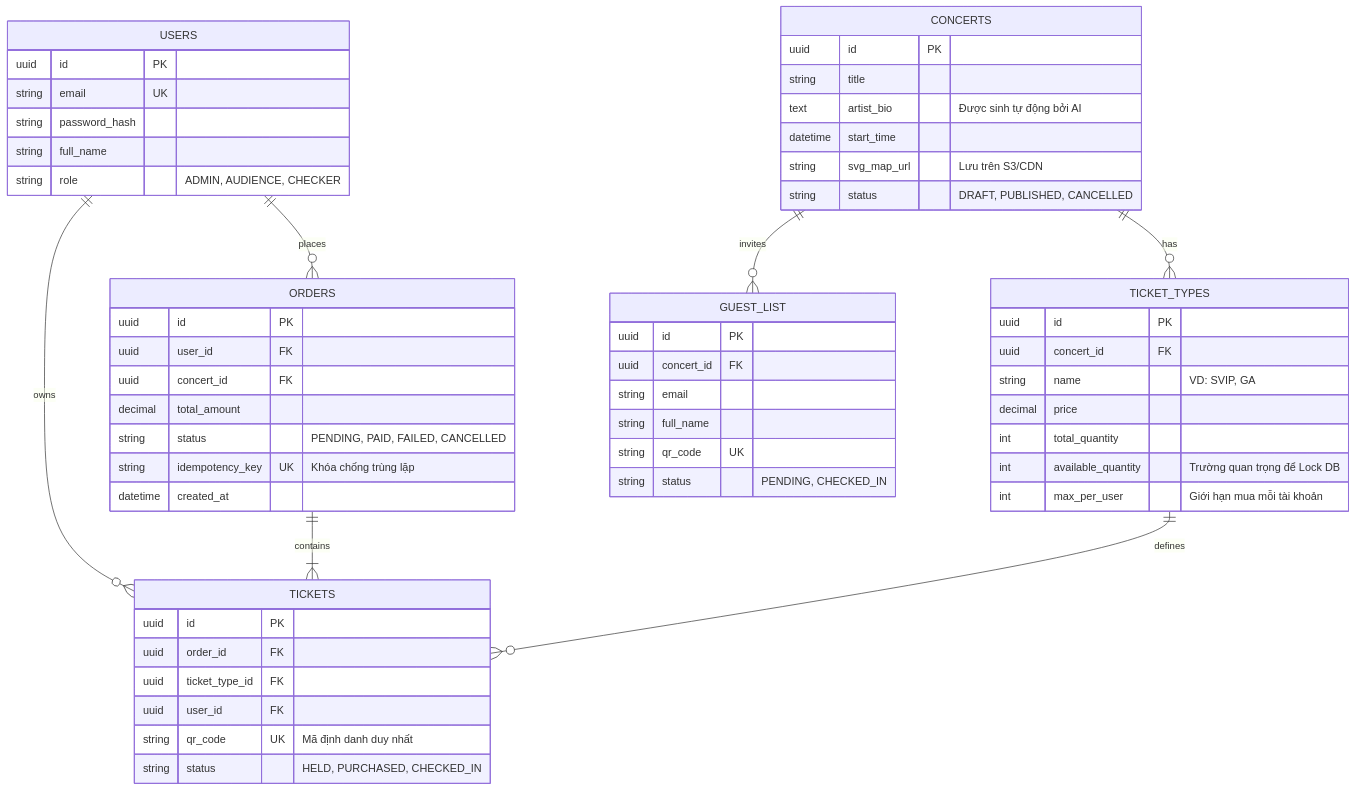
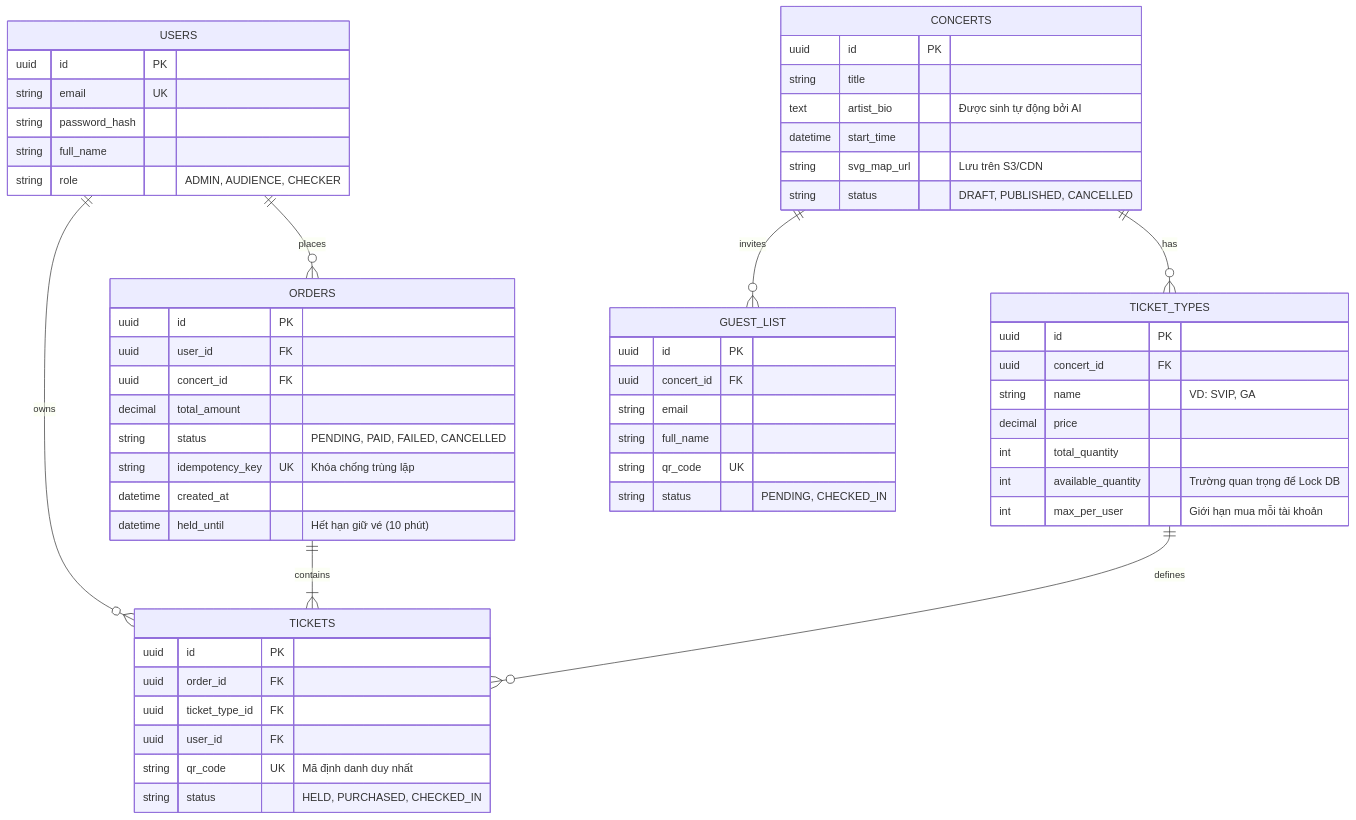
One commit to quocthaiLN/ticket-box-app changed the eighth of 8 diagrams in blueprint/design.md. Above: the diagram before and after it, drawn with Mermaid. The commit also changed other lines of this file, not shown here.

````diff
--- a/blueprint/design.md
+++ b/blueprint/design.md
@@ -373,59 +376,60 @@
 ```mermaid
 erDiagram
     USERS ||--o{ ORDERS : places
     USERS ||--o{ TICKETS : owns
     CONCERTS ||--o{ TICKET_TYPES : has
     CONCERTS ||--o{ GUEST_LIST : invites
     ORDERS ||--|{ TICKETS : contains
     TICKET_TYPES ||--o{ TICKETS : defines
 
     USERS {
         uuid id PK
         string email UK
         string password_hash
         string full_name
         string role "ADMIN, AUDIENCE, CHECKER"
     }
     CONCERTS {
         uuid id PK
         string title
         text artist_bio "Được sinh tự động bởi AI"
         datetime start_time
         string svg_map_url "Lưu trên S3/CDN"
         string status "DRAFT, PUBLISHED, CANCELLED"
     }
     TICKET_TYPES {
         uuid id PK
         uuid concert_id FK
         string name "VD: SVIP, GA"
         decimal price
         int total_quantity
         int available_quantity "Trường quan trọng để Lock DB"
         int max_per_user "Giới hạn mua mỗi tài khoản"
     }
     ORDERS {
         uuid id PK
         uuid user_id FK
         uuid concert_id FK
         decimal total_amount
         string status "PENDING, PAID, FAILED, CANCELLED"
         string idempotency_key UK "Khóa chống trùng lặp"
         datetime created_at
+        datetime held_until "Hết hạn giữ vé (10 phút)"
     }
     TICKETS {
         uuid id PK
         uuid order_id FK
         uuid ticket_type_id FK
         uuid user_id FK
         string qr_code UK "Mã định danh duy nhất"
         string status "HELD, PURCHASED, CHECKED_IN"
     }
     GUEST_LIST {
         uuid id PK
         uuid concert_id FK
         string email
         string full_name
         string qr_code UK
         string status "PENDING, CHECKED_IN"
     }
 ```
````
